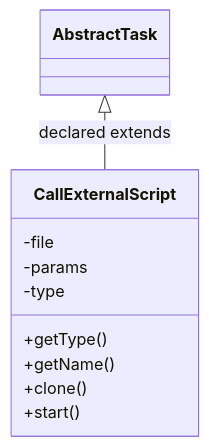
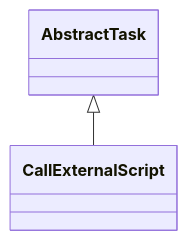
One commit to haruperi/HaruQuantAI changed the diagram in docs/sqx/CustomProjects/TaskCallExternalScript.md. Above: the diagram before and after it, drawn with Mermaid. The commit also changed other lines of this file and 1688 other files, not shown here.

````diff
--- a/docs/sqx/CustomProjects/TaskCallExternalScript.md
+++ b/docs/sqx/CustomProjects/TaskCallExternalScript.md
@@ -30,14 +26,6 @@
 ```mermaid
 classDiagram
-    class C900ef1a0b88a["CallExternalScript"] {
-        -file
-        -params
-        -type
-        +getType()
-        +getName()
-        +clone()
-        +start()
-    }
-    class Ce44d386802cb["AbstractTask"]
-    Ce44d386802cb <|-- C900ef1a0b88a : declared extends
+    class C0["CallExternalScript"]
+    class E0["AbstractTask"]
+    E0 <|-- C0
 ```
````
